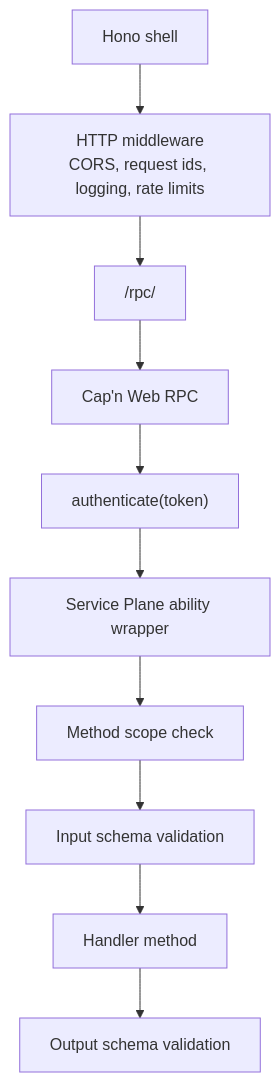
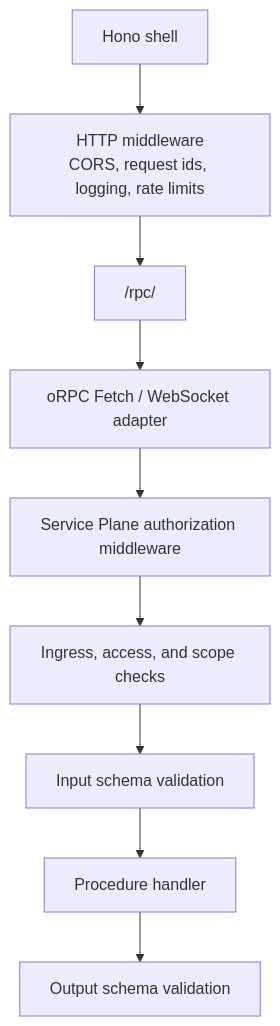
Before and after one commit to JUVOJustin/service-plane: the second of 3 diagrams in .apm/skills/service-plane/references/architecture.md, drawn with Mermaid. The commit also changed other lines of this file and 87 other files, not shown here.

````diff
--- a/.apm/skills/service-plane/references/architecture.md
+++ b/.apm/skills/service-plane/references/architecture.md
@@ -57,12 +59,11 @@
 ```mermaid
 flowchart TD
   Hono["Hono shell"] --> Middleware["HTTP middleware<br/>CORS, request ids, logging, rate limits"]
   Middleware --> Endpoint["/rpc/<abilityId>"]
-  Endpoint --> CapnWeb["Cap'n Web RPC"]
-  CapnWeb --> Auth["authenticate(token)"]
-  Auth --> Wrapper["Service Plane ability wrapper"]
-  Wrapper --> Scopes["Method scope check"]
+  Endpoint --> ORPC["oRPC Fetch / WebSocket adapter"]
+  ORPC --> Auth["Service Plane authorization middleware"]
+  Auth --> Scopes["Ingress, access, and scope checks"]
   Scopes --> SchemaIn["Input schema validation"]
-  SchemaIn --> Handler["Handler method"]
+  SchemaIn --> Handler["Procedure handler"]
   Handler --> SchemaOut["Output schema validation"]
 ```
````
